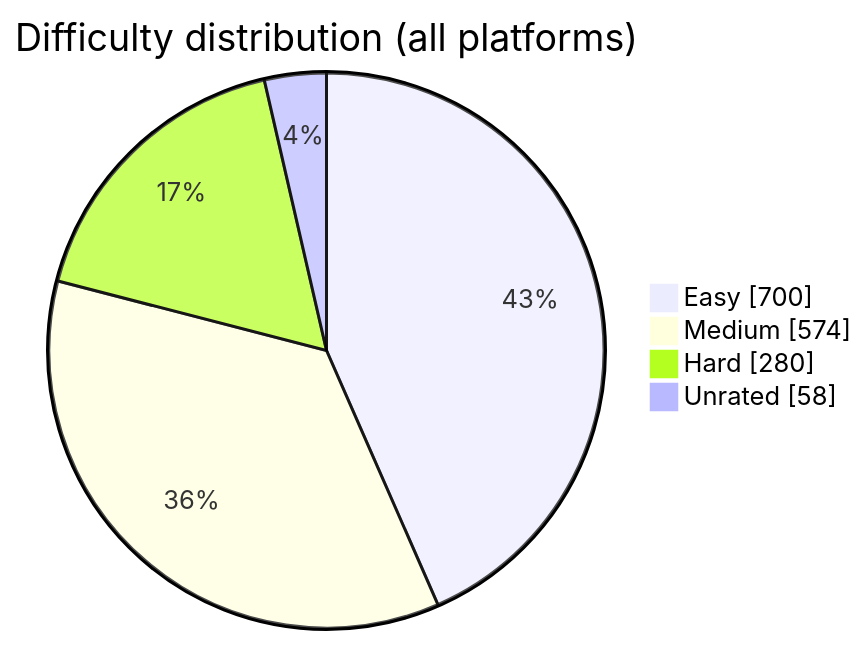
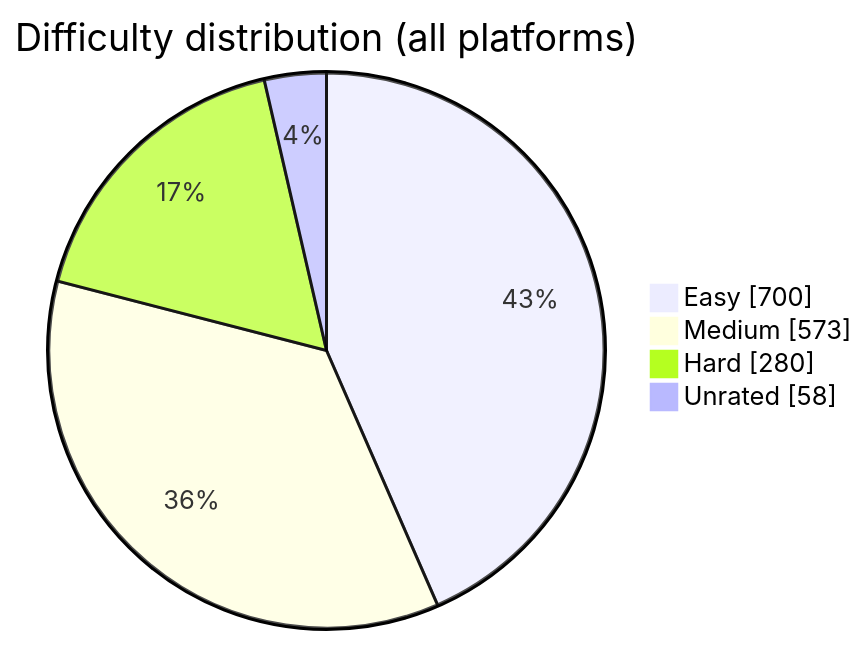
One commit to BuildbyArindam/Daily-Coding-Log changed the diagram in README.md. Above: the diagram before and after it, drawn with Mermaid. The commit also changed other lines of this file, not shown here.

````diff
--- a/README.md
+++ b/README.md
@@ -93,7 +93,7 @@
 ```mermaid
 pie showData title Difficulty distribution (all platforms)
     "Easy" : 700
-    "Medium" : 574
+    "Medium" : 573
     "Hard" : 280
     "Unrated" : 58
 ```
````
